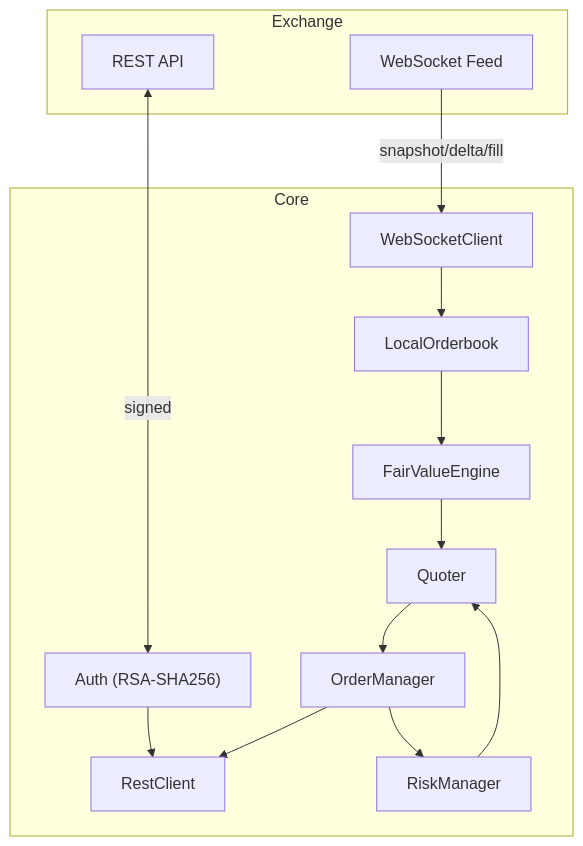
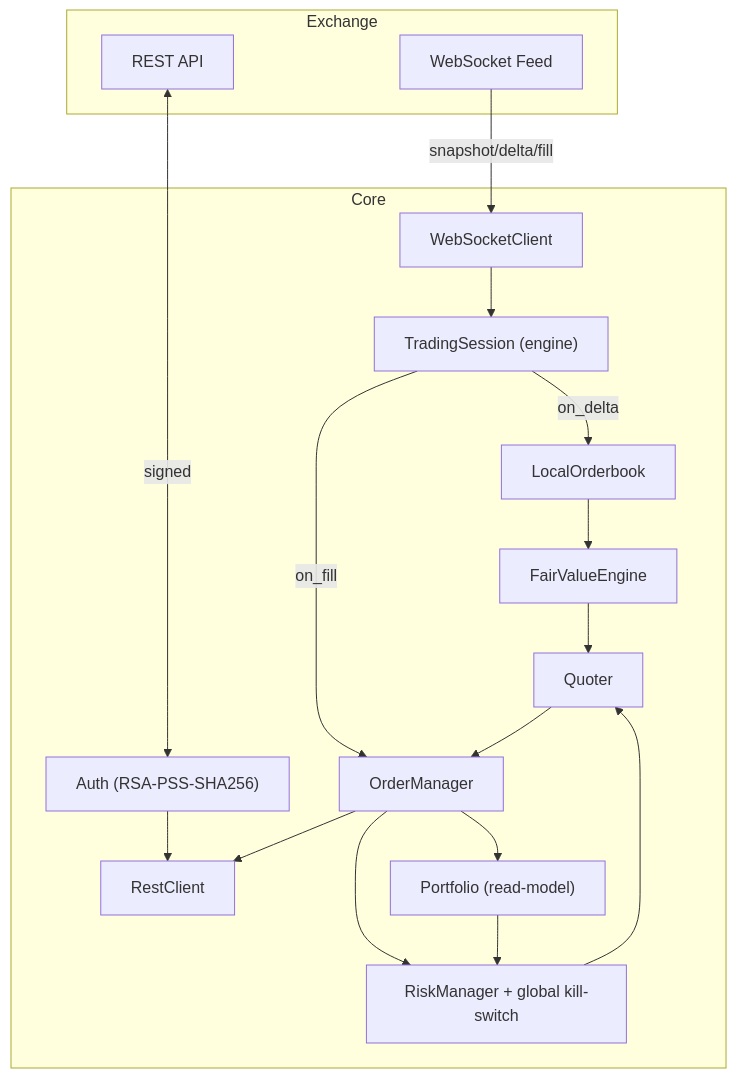
The first of 2 diagrams in PLAN.md (jfreun123/kalshi-market-maker), drawn with Mermaid before and after one commit. The commit also changed other lines of this file and 5 other files, not shown here.

Commit message:
docs: reflect TradingSession, portfolio halt, integration testing, capture, UAT findings

````diff
--- a/PLAN.md
+++ b/PLAN.md
@@ -5,22 +5,26 @@
 ```mermaid
 graph TD
     subgraph Exchange
         REST["REST API"]
         WS["WebSocket Feed"]
     end
     subgraph Core
-        AUTH["Auth (RSA-SHA256)"]
+        AUTH["Auth (RSA-PSS-SHA256)"]
         HTTP["RestClient"]
         WSCONN["WebSocketClient"]
+        SESS["TradingSession (engine)"]
         OB["LocalOrderbook"]
         OM["OrderManager"]
-        RM["RiskManager"]
+        RM["RiskManager + global kill-switch"]
         FV["FairValueEngine"]
         QE["Quoter"]
+        PF["Portfolio (read-model)"]
     end
     REST <-->|signed| AUTH --> HTTP
-    WS -->|snapshot/delta/fill| WSCONN --> OB
-    OB --> FV --> QE
-    RM --> QE --> OM --> HTTP
+    WS -->|snapshot/delta/fill| WSCONN --> SESS
+    SESS -->|on_delta| OB --> FV --> QE
+    SESS -->|on_fill| OM --> HTTP
+    RM --> QE --> OM
     OM --> RM
+    OM --> PF --> RM
 ```
````
